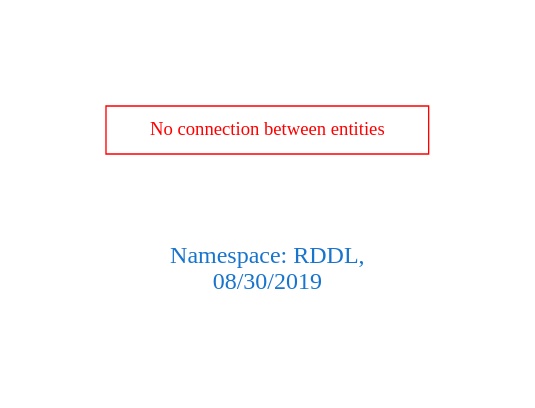
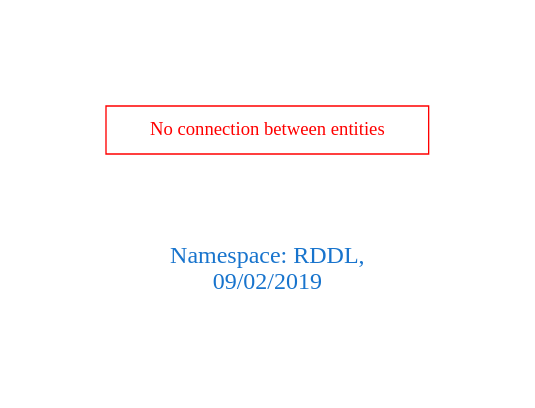
The diagram in downloads/RDDL.dot (arago/OGIT), drawn with Graphviz before and after one commit. The commit also changed 1527 other files, not shown here.

```diff
--- a/downloads/RDDL.dot
+++ b/downloads/RDDL.dot
@@ -1,9 +1,9 @@
 digraph OGIT_ontology {
  graph [ rankdir= LR,pad=1 
 fontsize = 18,
-fontcolor= dodgerblue3,label = "\n\n\nNamespace: RDDL, \n 08/30/2019"];
+fontcolor= dodgerblue3,label = "\n\n\nNamespace: RDDL, \n 09/02/2019"];
 node[shape=polygon];
 edge [  color="gray81"];
 
 "No connection between entities" [fontcolor = "red",color="red", shape="polygon"]
 }
```
